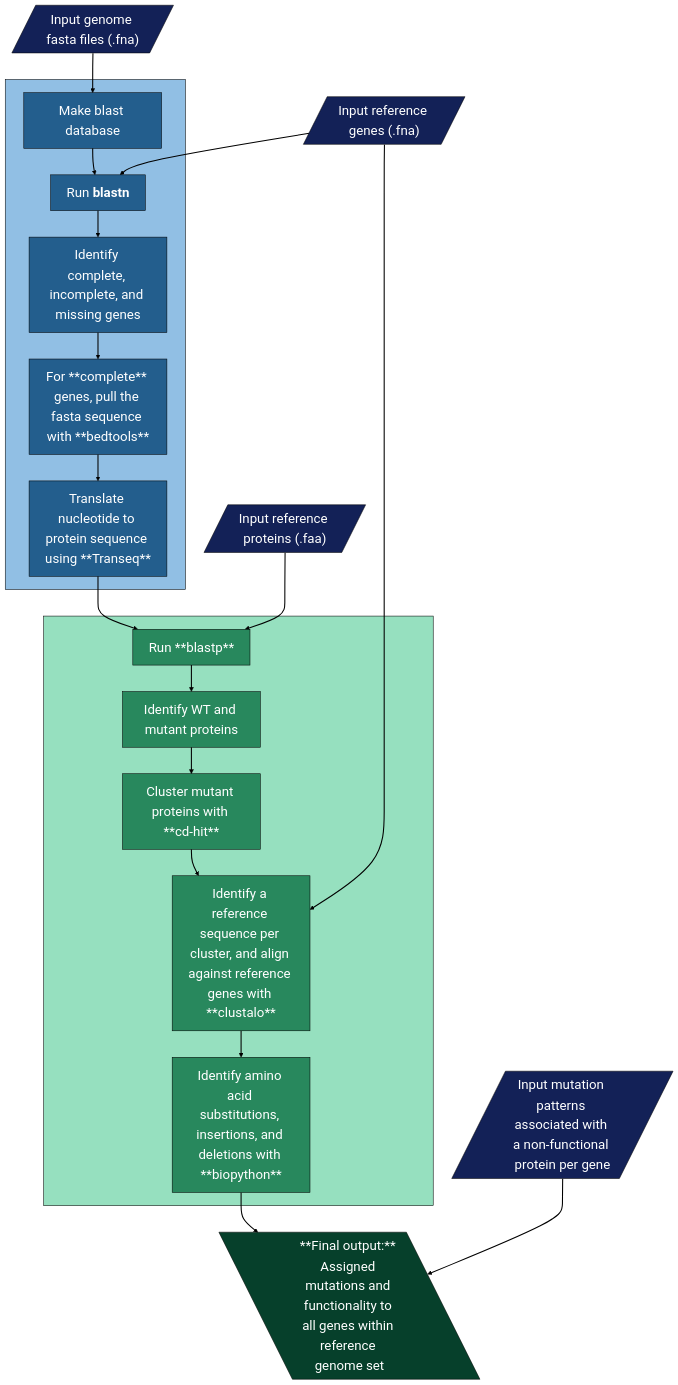
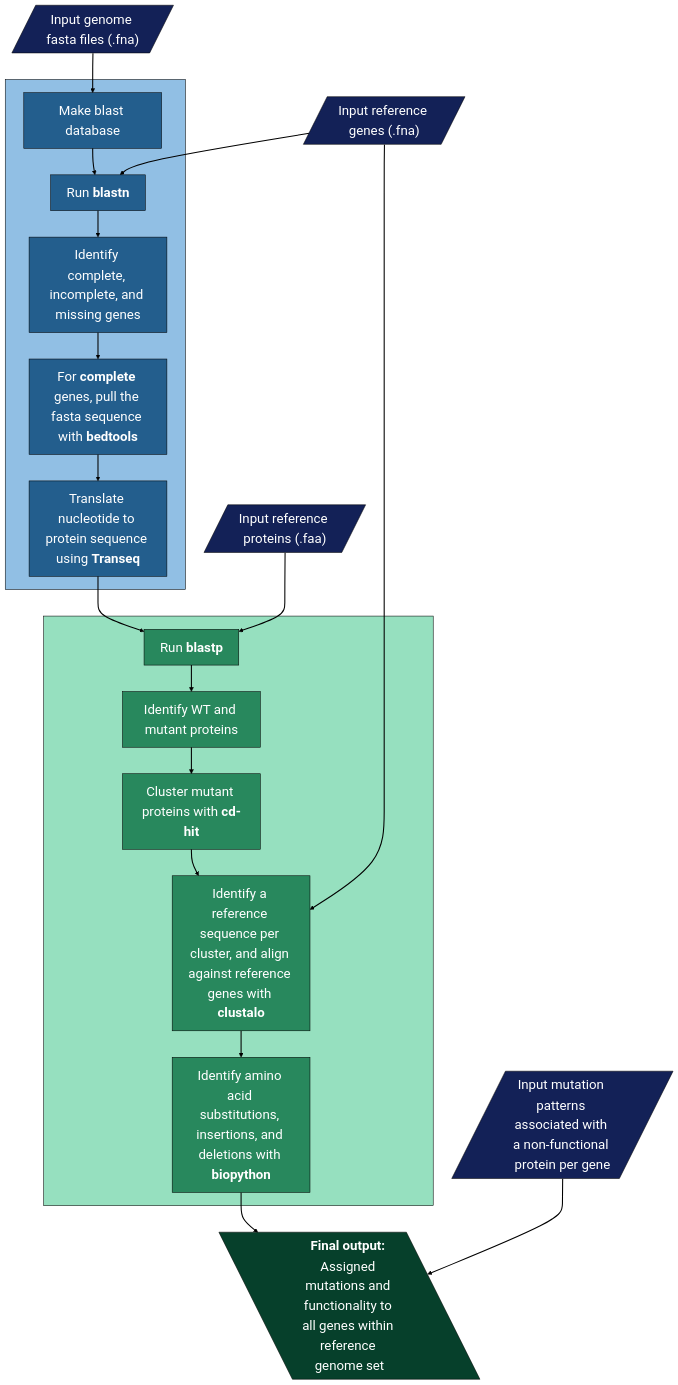
Before and after one commit to GaTechBrownLab/Mutant-Calling: the diagram in README.md, drawn with Mermaid (forest theme).

Commit message:
Adding mermaid to README

````diff
--- a/README.md
+++ b/README.md
@@ -38,43 +38,43 @@
 ```mermaid
 graph TD;
-    id1[/"Input genome fasta files (.fna)"/] ==> id1_1[Make blast database];
-    id3[/"Input reference genes (.fna)"/] ==> id2;
+    id1[/"`Input genome fasta files (.fna)`"/] ==> id1_1["`Make blast database`"];
+    id3[/"`Input reference genes (.fna)`"/] ==> id2;
     subgraph nuclgraph [" "]
         id1_1 ==> id2["`Run **blastn**`"];
-        id2 ==> id6[Identify complete, incomplete, and missing genes];
-        id6 ==> id7[For **complete** genes, pull the fasta sequence with **bedtools**];
-        id7 ==> id8[Translate nucleotide to protein sequence using **Transeq**]; 
+        id2 ==> id6["`Identify complete, incomplete, and missing genes`"];
+        id6 ==> id7["`For **complete** genes, pull the fasta sequence with **bedtools**`"];
+        id7 ==> id8["`Translate nucleotide to protein sequence using **Transeq**`"]; 
     end
-    id4[/"Input reference proteins (.faa)"/] ==> id5[Run **blastp**];
+    id4[/"`Input reference proteins (.faa)`"/] ==> id5["`Run **blastp**`"];
     subgraph protgraph [" "]
         id8 ==> id5;
-        id5 ==> id9[Identify WT and mutant proteins];
-        id9 ==> id10[Cluster mutant proteins with **cd-hit**];
-        id10 ==> id11[Identify a reference sequence per cluster, and align against reference genes with **clustalo**];
-        id11 ==> id12[Identify amino acid substitutions, insertions, and deletions with **biopython**]
+        id5 ==> id9["`Identify WT and mutant proteins`"];
+        id9 ==> id10["`Cluster mutant proteins with **cd-hit**`"];
+        id10 ==> id11["`Identify a reference sequence per cluster, and align against reference genes with **clustalo**`"];
+        id11 ==> id12["`Identify amino acid substitutions, insertions, and deletions with **biopython**`"]
     end
     id3 ==> id11;
-    id12 ==> id13[\"**Final output:** Assigned mutations and functionality to all genes within reference genome set"\]
-    id14[/"Input mutation patterns associated with a non-functional protein per gene"/] ==> id13
+    id12 ==> id13[\"`**Final output:** Assigned mutations and functionality to all genes within reference genome set`"\]
+    id14[/"`Input mutation patterns associated with a non-functional protein per gene`"/] ==> id13
 
 	classDef nuclsteps fill:#235e8d,font-size:25px,stroke:#000000,color:#FFFFFF;
 	class id1_1,id2,id6,id7,id8 nuclsteps;
 
     classDef protsteps fill:#28885d,font-size:25px,stroke:#000000,color:#FFFFFF;
 	class id5,id9,id10,id11,id12 protsteps;
 
     classDef inputs fill:#132157,font-size:25px,stroke:#000000,color:#FFFFFF;
     class id1,id3,id4,id14 inputs;
 
     classDef output fill:#06402B,font-size:25px,stroke:#000000,color:#FFFFFF;
     class id13 output;
 
     classDef nuclgraphcol fill:#91bfe4,font-size:25px,stroke:#000000,color:#FFFFFF;
     class nuclgraph nuclgraphcol;
 
     classDef protgraphcol fill:#96e0bf,font-size:25px,stroke:#000000,color:#FFFFFF;
     class protgraph protgraphcol;
 
     linkStyle default stroke:black,stroke-width:2px;
 
 ```
````
